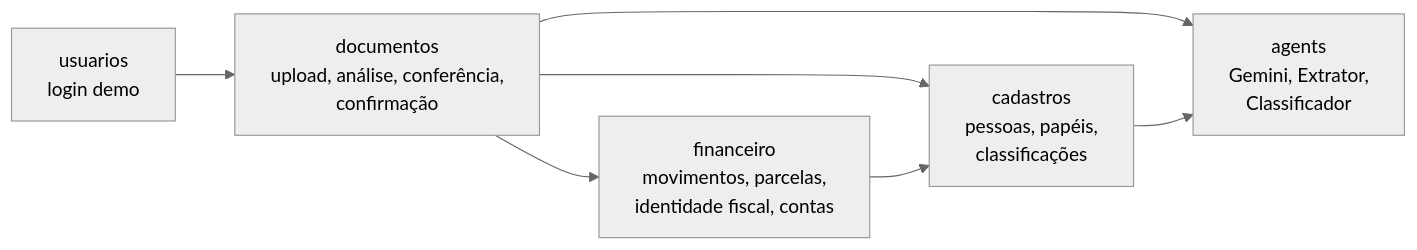
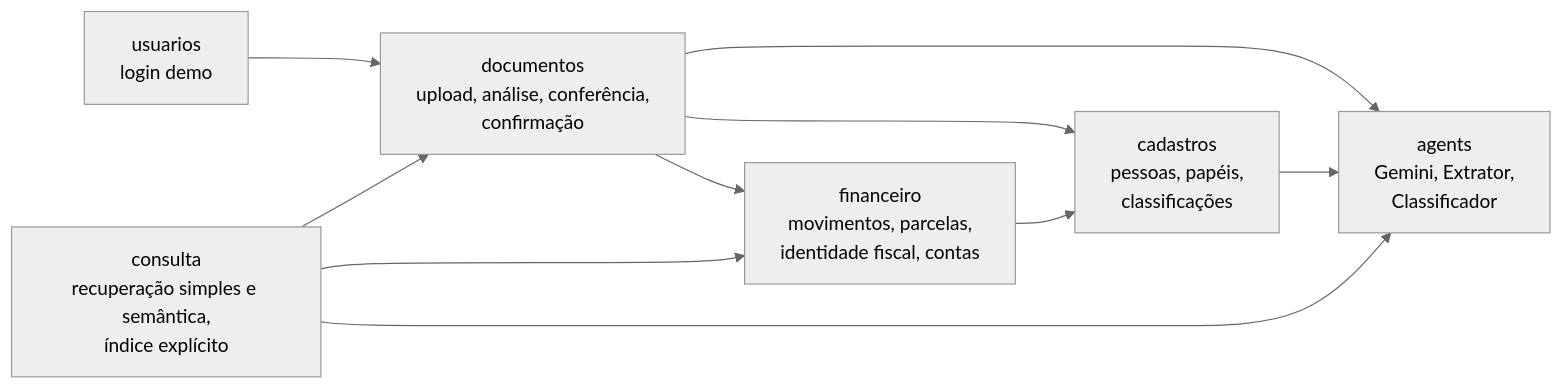
Before and after one commit to PedroSimon1/gestao-rural: the diagram in docs/documentacao/02-arquitetura.md, drawn with Mermaid (neutral theme). The commit also changed other lines of this file and 9 other files, not shown here.

````diff
--- a/docs/documentacao/02-arquitetura.md
+++ b/docs/documentacao/02-arquitetura.md
@@ -30,10 +30,13 @@
 ```mermaid
 flowchart LR
     usuarios["usuarios<br/>login demo"] --> documentos
     documentos["documentos<br/>upload, análise, conferência,<br/>confirmação"] --> agents
     documentos --> cadastros
     documentos --> financeiro
     financeiro["financeiro<br/>movimentos, parcelas,<br/>identidade fiscal, contas"] --> cadastros
     cadastros["cadastros<br/>pessoas, papéis,<br/>classificações"] --> agents
+    consulta["consulta<br/>recuperação simples e semântica,<br/>índice explícito"] --> financeiro
+    consulta --> documentos
+    consulta --> agents
     agents["agents<br/>Gemini, Extrator,<br/>Classificador"]
 ```
````
